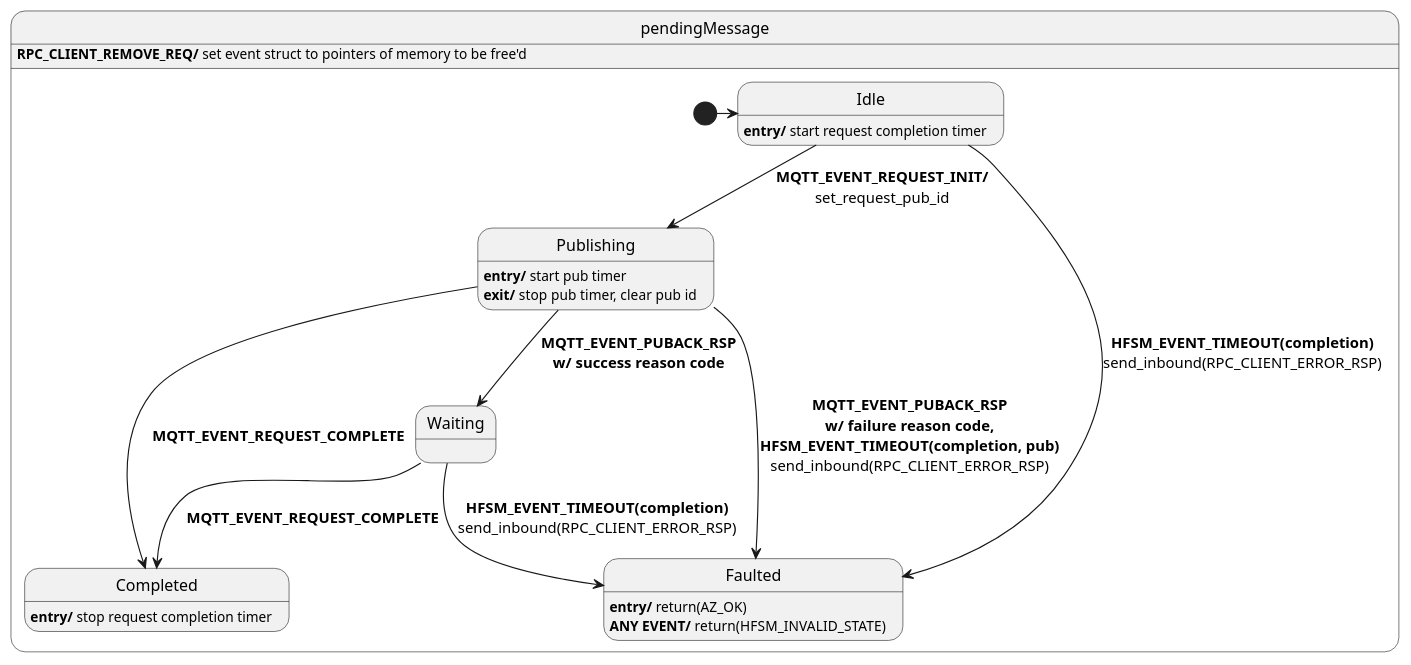
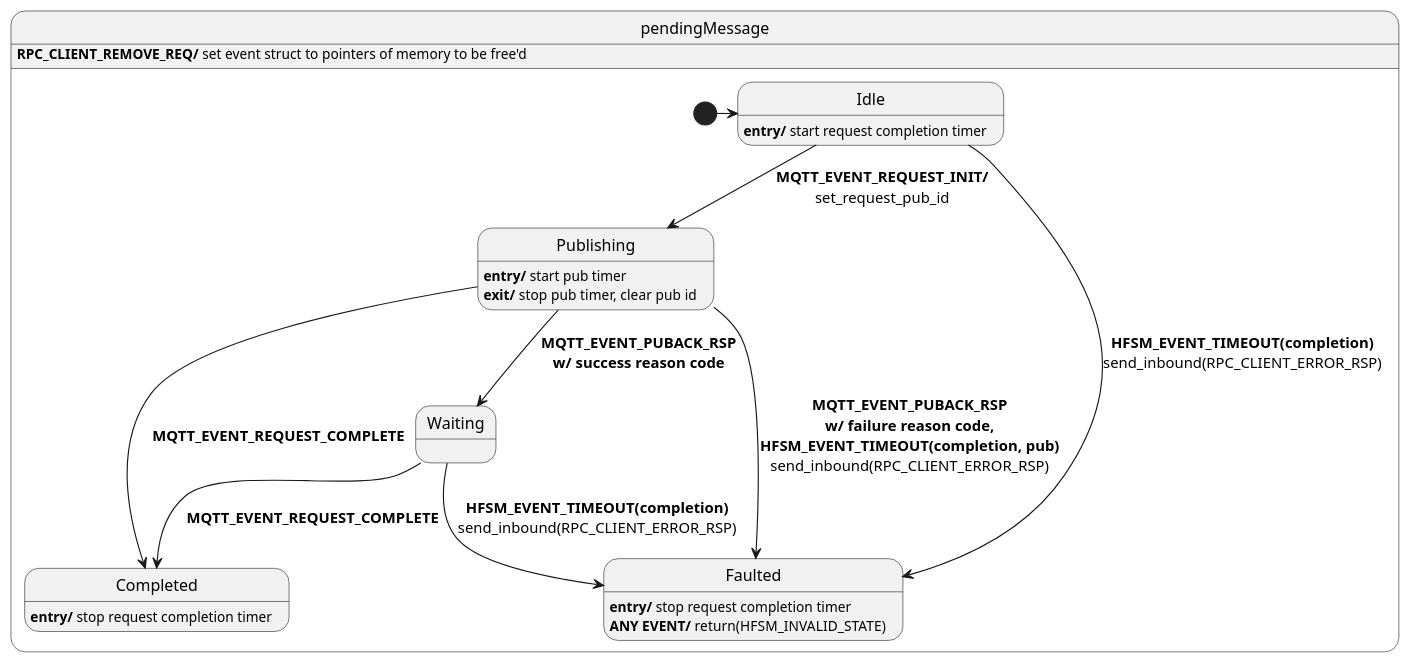
Before and after one commit to Azure/azure-sdk-for-c: the diagram in sdk/docs/core/resources/mqtt_request.puml, drawn with PlantUML. The commit also changed 3 other files, not shown here.

```diff
--- a/sdk/docs/core/resources/mqtt_request.puml
+++ b/sdk/docs/core/resources/mqtt_request.puml
@@ -1,36 +1,36 @@
 @startuml
 ' ignore these as handled outside of this diagram: MQTT_EVENT_CONNECT_REQ, MQTT_EVENT_CONNECT_RSP, MQTT_EVENT_DISCONNECT_REQ, MQTT_EVENT_DISCONNECT_RSP
 ' Assumptions:
 ' 0. Unknown events are forwarded (in their original direction, either inbound or outbound).
 ' 1. send_inbound, send_outbound are used to send information to the app and network respectively.
 ' 2. All events check that they are for this request or have the correct pub id before processing them.
 
 
 state pendingMessage {
   state Idle
   Idle: <b>entry/</b> start request completion timer
 
   state Publishing
   Publishing : <b>entry/</b> start pub timer
   Publishing : <b>exit/</b> stop pub timer, clear pub id
 
   state Waiting
   state Completed
   Completed : <b>entry/</b> stop request completion timer
   state Faulted
-  Faulted : <b>entry/</b> return(AZ_OK)
+  Faulted : <b>entry/</b> stop request completion timer
   Faulted : <b>ANY EVENT/</b> return(HFSM_INVALID_STATE)
 
   [*] -> Idle
   Idle --> Publishing : <b>MQTT_EVENT_REQUEST_INIT/</b>\nset_request_pub_id
   Publishing --> Waiting : <b>MQTT_EVENT_PUBACK_RSP</b>\n<b>w/ success reason code</b>
   Publishing --> Completed : <b>MQTT_EVENT_REQUEST_COMPLETE</b>
   Publishing --> Faulted : <b>MQTT_EVENT_PUBACK_RSP</b>\n<b>w/ failure reason code,</b>\n<b>HFSM_EVENT_TIMEOUT(completion, pub)</b>\nsend_inbound(RPC_CLIENT_ERROR_RSP)
   Waiting --> Completed : <b>MQTT_EVENT_REQUEST_COMPLETE</b>
   Waiting --> Faulted : <b>HFSM_EVENT_TIMEOUT(completion)</b>\nsend_inbound(RPC_CLIENT_ERROR_RSP)
   Idle --> Faulted : <b>HFSM_EVENT_TIMEOUT(completion)</b>\nsend_inbound(RPC_CLIENT_ERROR_RSP)
 
 }
 pendingMessage : <b>RPC_CLIENT_REMOVE_REQ/</b> set event struct to pointers of memory to be free'd
 
 @enduml
```
